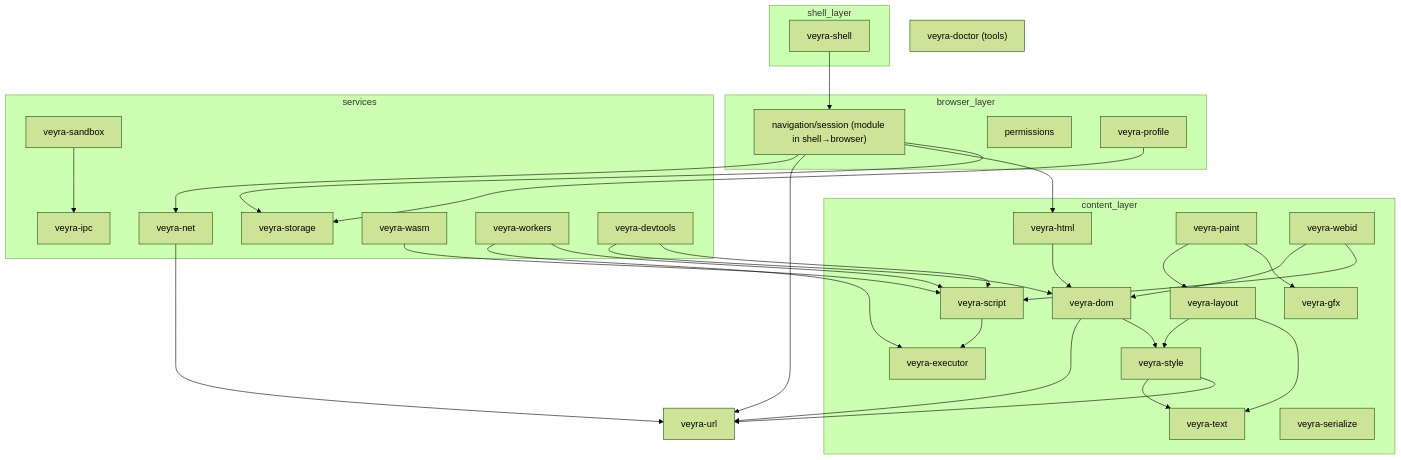
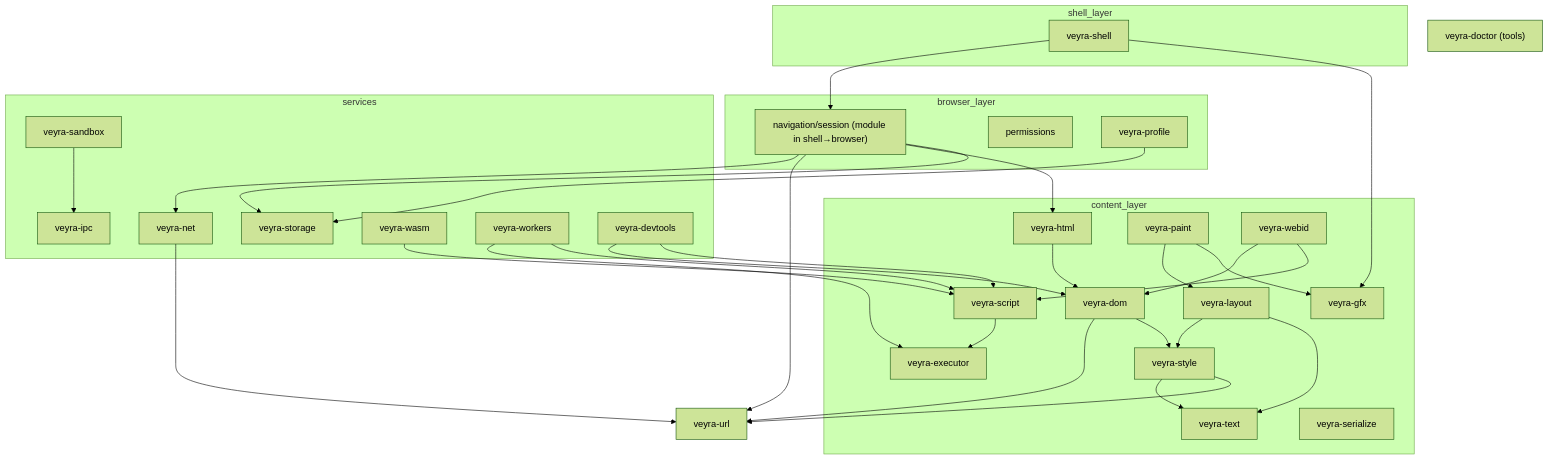
One commit to Abasing/Veyra changed the diagram in docs/architecture/dependency-graph.md. Above: the diagram before and after it, drawn with Mermaid (forest theme). The commit also changed other lines of this file and 11 other files, not shown here.

````diff
--- a/docs/architecture/dependency-graph.md
+++ b/docs/architecture/dependency-graph.md
@@ -12,61 +13,62 @@
 ```mermaid
 flowchart TD
     DOCTOR["veyra-doctor (tools)"]
 
     subgraph shell_layer
         SHELL["veyra-shell"]
     end
     subgraph browser_layer
         NAV["navigation/session (module in shell→browser)"]
         PERM["permissions"]
         PROFILE["veyra-profile"]
     end
     subgraph services
         NET["veyra-net"]
         STORAGE["veyra-storage"]
         IPC["veyra-ipc"]
         SANDBOX["veyra-sandbox"]
         WASM["veyra-wasm"]
         WORKERS["veyra-workers"]
         DEVTOOLS["veyra-devtools"]
     end
     subgraph content_layer
         HTML["veyra-html"]
         DOM["veyra-dom"]
         STYLE["veyra-style"]
         LAYOUT["veyra-layout"]
         TEXT["veyra-text"]
         PAINT["veyra-paint"]
         GFX["veyra-gfx"]
         SCRIPT["veyra-script"]
         WEBID["veyra-webid"]
         EXEC["veyra-executor"]
         SERIAL["veyra-serialize"]
     end
     URL["veyra-url"]
 
     SHELL --> NAV --> NET
+    SHELL --> GFX
     NAV --> URL
     NAV --> HTML
     HTML --> DOM
     DOM --> URL
     WEBID --> DOM
     WEBID --> SCRIPT
     SCRIPT --> EXEC
     WORKERS --> EXEC
     WORKERS --> SCRIPT
     DOM --> STYLE
     STYLE --> TEXT
     STYLE --> URL
     LAYOUT --> STYLE
     LAYOUT --> TEXT
     PAINT --> LAYOUT
     PAINT --> GFX
     NAV --> STORAGE
     PROFILE --> STORAGE
     WASM --> SCRIPT
     NET --> URL
     DEVTOOLS --> DOM
     DEVTOOLS --> SCRIPT
     SANDBOX --> IPC
 ```
````
